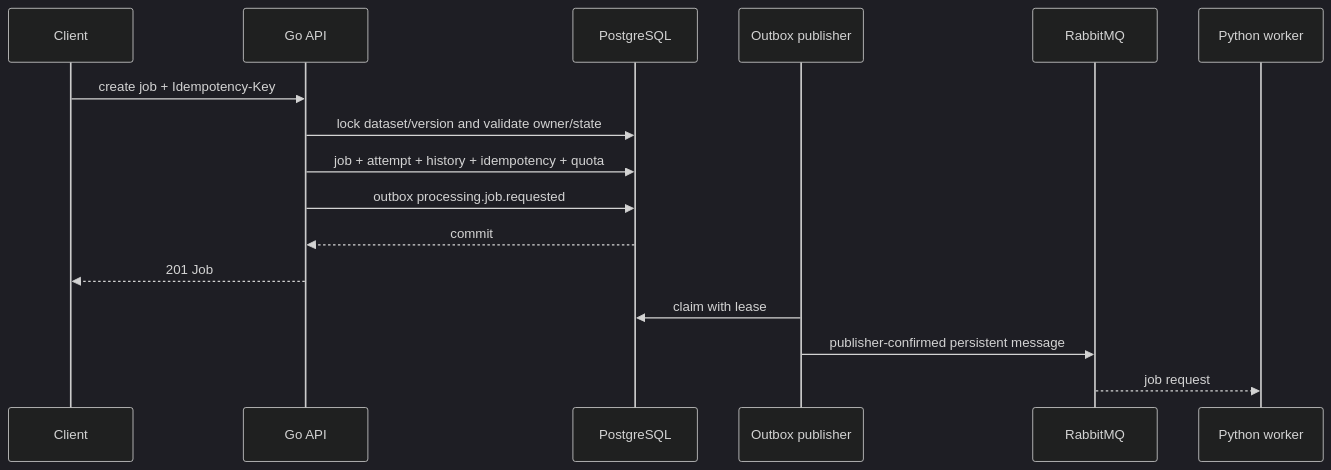
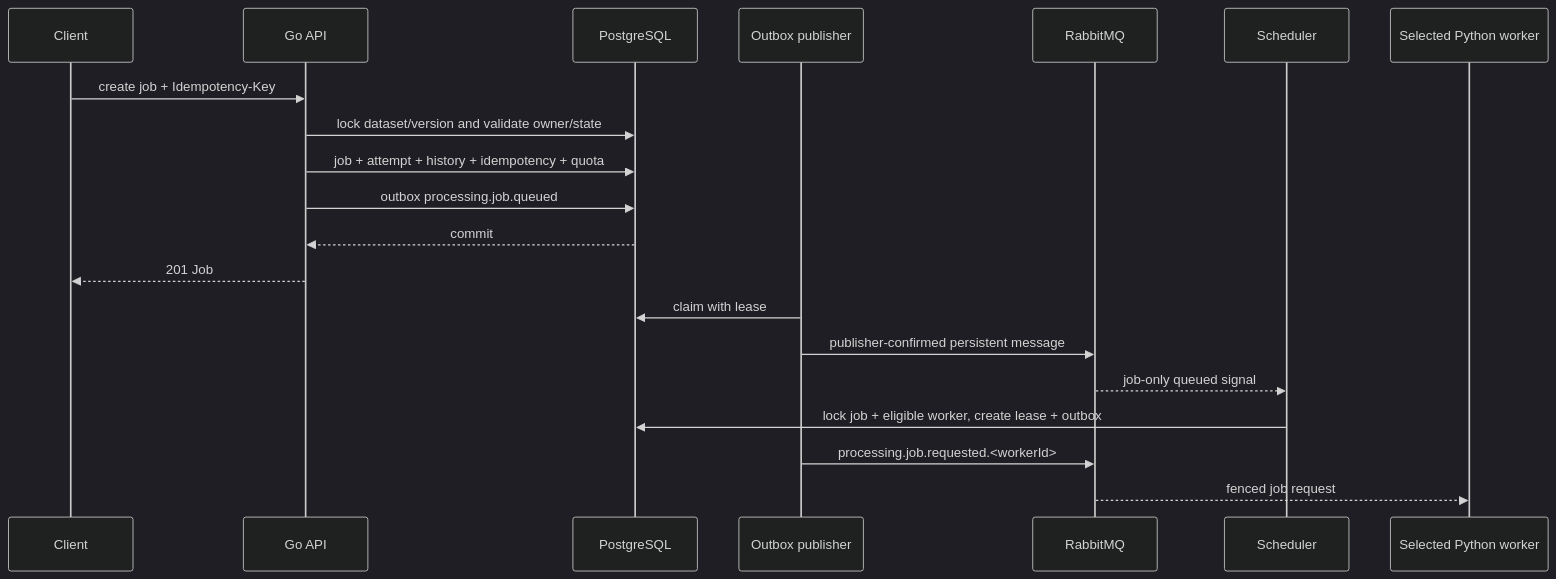
Before and after one commit to JasonTM17/PipeForge: the second of 2 diagrams in docs/architecture/job-management.md, drawn with Mermaid (dark theme). The commit also changed other lines of this file and 16 other files, not shown here.

````diff
--- a/docs/architecture/job-management.md
+++ b/docs/architecture/job-management.md
@@ -39,19 +39,23 @@
 ```mermaid
 sequenceDiagram
     participant Client
     participant API as Go API
     participant PG as PostgreSQL
     participant Outbox as Outbox publisher
     participant MQ as RabbitMQ
-    participant Worker as Python worker
+    participant Scheduler
+    participant Worker as Selected Python worker
 
     Client->>API: create job + Idempotency-Key
     API->>PG: lock dataset/version and validate owner/state
     API->>PG: job + attempt + history + idempotency + quota
-    API->>PG: outbox processing.job.requested
+    API->>PG: outbox processing.job.queued
     PG-->>API: commit
     API-->>Client: 201 Job
     Outbox->>PG: claim with lease
     Outbox->>MQ: publisher-confirmed persistent message
-    MQ-->>Worker: job request
+    MQ-->>Scheduler: job-only queued signal
+    Scheduler->>PG: lock job + eligible worker, create lease + outbox
+    Outbox->>MQ: processing.job.requested.<workerId>
+    MQ-->>Worker: fenced job request
 ```
````
